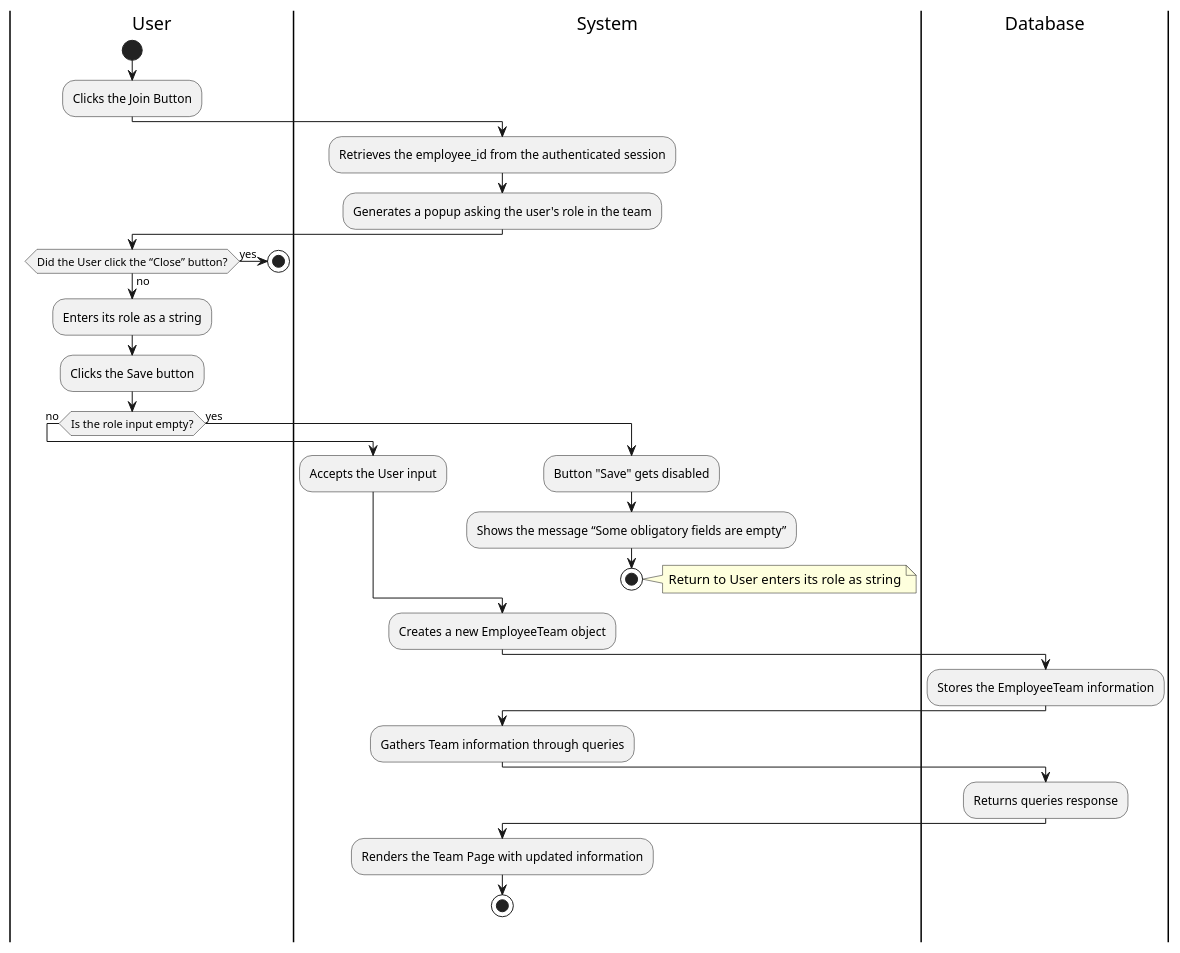
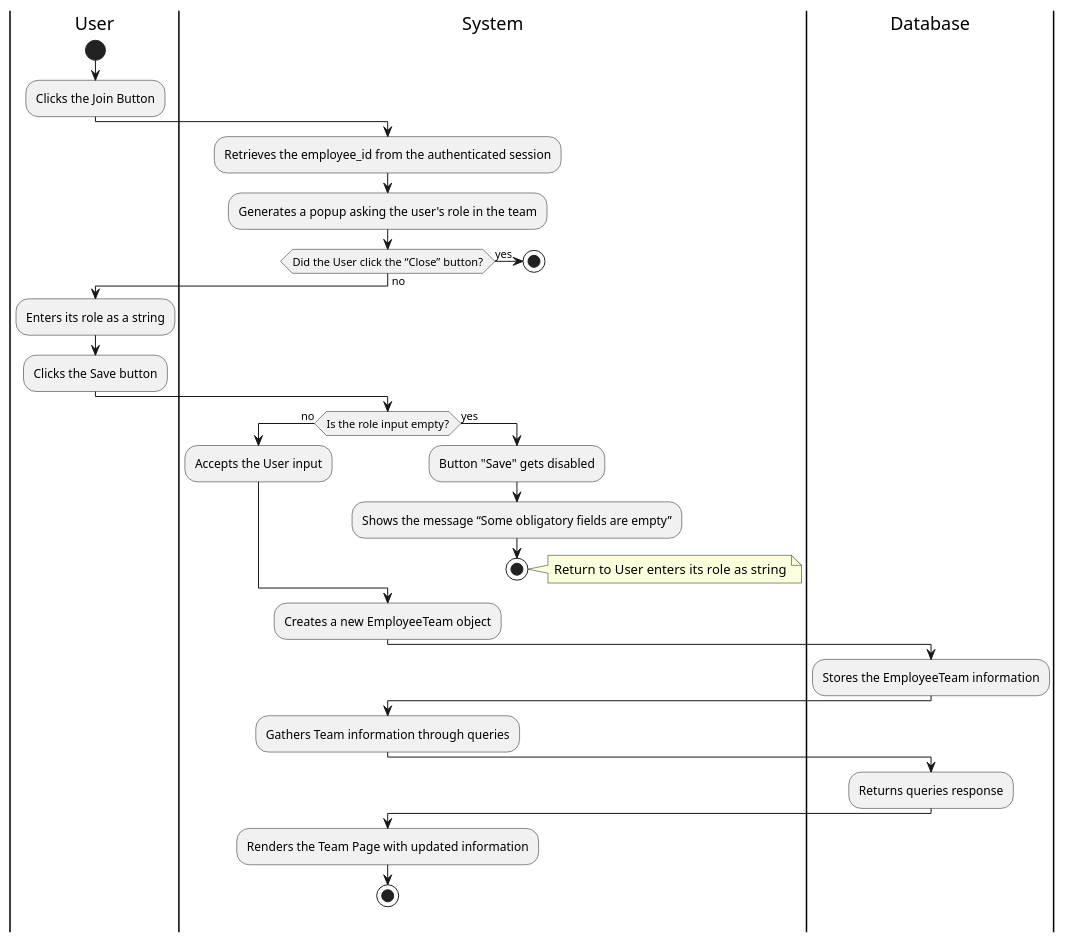
Before and after one commit to Berthou05/LimboSoftwareDevelopment_Change.org: the diagram in documentation/activity_diagrams/TEAM-06-01-ActivityDiagram.puml, drawn with PlantUML. The commit also changed 3 other files, not shown here.

Commit message:
[DOCS] Correction of Activity Diagrams

```diff
--- a/documentation/activity_diagrams/TEAM-06-01-ActivityDiagram.puml
+++ b/documentation/activity_diagrams/TEAM-06-01-ActivityDiagram.puml
@@ -1,40 +1,42 @@
 @startuml
 |User|
 start
 :Clicks the Join Button;
 |System|
 :Retrieves the employee_id from the authenticated session;
 :Generates a popup asking the user's role in the team;
-|User|
+|System|
 if(Did the User click the “Close” button?) is (yes) then
     stop
 else(no)
+    |User|
     :Enters its role as a string;
     :Clicks the Save button;
 
+    |System|
     if(Is the role input empty?) is (no) then
     |System|
     :Accepts the User input;
 
     else(yes)
     |System|
     :Button "Save" gets disabled;
     :Shows the message “Some obligatory fields are empty”;
 
     stop
     note right
         Return to User enters its role as string
     end note
 end if
 
 :Creates a new EmployeeTeam object;
 |Database|
 :Stores the EmployeeTeam information;
 |System|
 :Gathers Team information through queries;
 |Database|
 :Returns queries response;
 |System|
 :Renders the Team Page with updated information;
 stop
 @enduml
```
